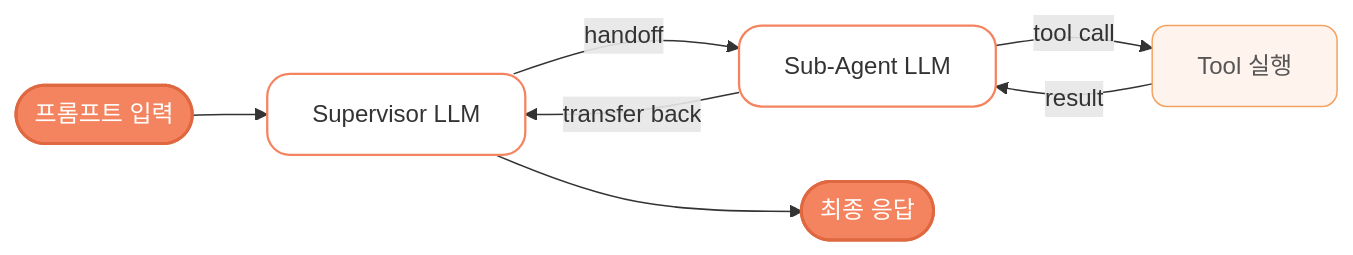
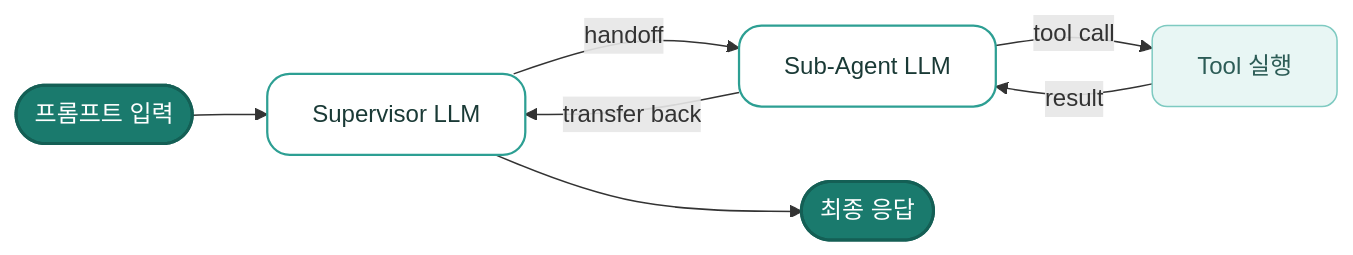
Before and after one commit to 2026-1-prometheus-4-team/video-agent-study: the second of 2 diagrams in README.md, drawn with Mermaid. The commit also changed other lines of this file, not shown here.

Commit message:
docs: update mermaid color scheme to teal/green palette

````diff
--- a/README.md
+++ b/README.md
@@ -38,17 +37,17 @@
 ```mermaid
 flowchart LR
     Input([프롬프트 입력]) --> Sup[Supervisor LLM]
     Sup --> |handoff| Agent[Sub-Agent LLM]
     Agent --> |tool call| Tool[Tool 실행]
     Tool --> |result| Agent
     Agent --> |transfer back| Sup
     Sup --> Output([최종 응답])
 
-    classDef emphasisClass fill:#f4845f,stroke:#e06840,stroke-width:2px,color:#fff,rx:15,ry:15
-    classDef normalClass fill:#fff,stroke:#f4845f,stroke-width:1.5px,color:#333,rx:15,ry:15
-    classDef processClass fill:#fff3ed,stroke:#f4a261,stroke-width:1px,color:#555,rx:10,ry:10
+    classDef emphasisClass fill:#1a7a6d,stroke:#145f55,stroke-width:2px,color:#fff,rx:15,ry:15
+    classDef normalClass fill:#fff,stroke:#2d9f93,stroke-width:1.5px,color:#1a3a36,rx:15,ry:15
+    classDef processClass fill:#e8f6f4,stroke:#7ecac1,stroke-width:1px,color:#2c5c56,rx:10,ry:10
 
     class Input,Output emphasisClass
     class Sup,Agent normalClass
     class Tool processClass
 ```
````
